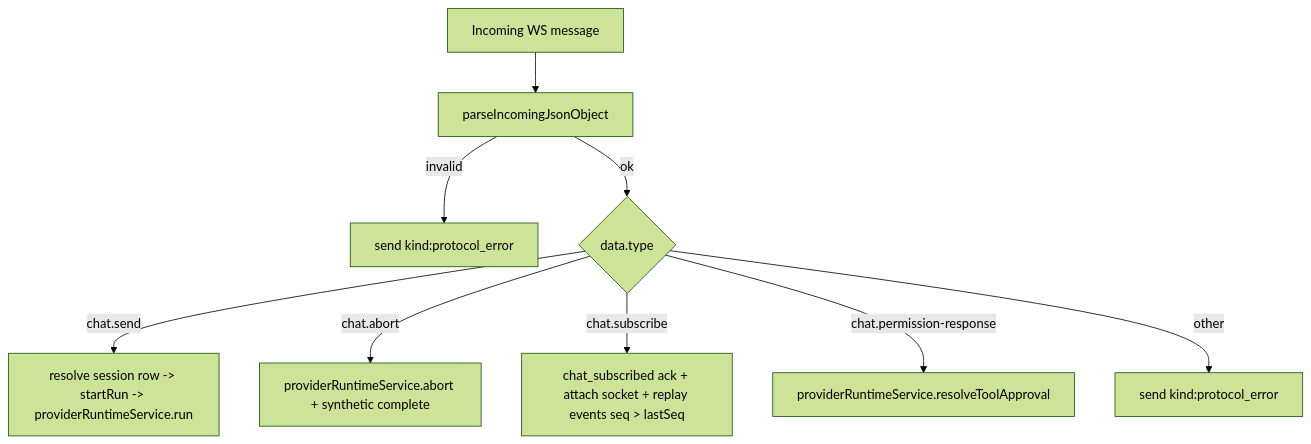
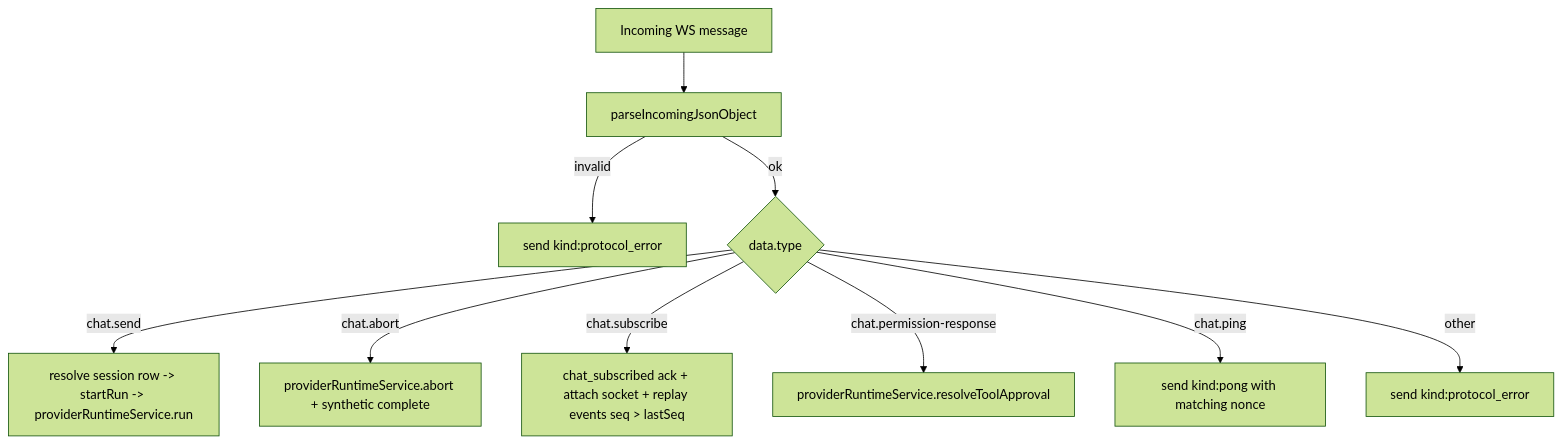
The third of 5 diagrams in server/modules/websocket/README.md (siteboon/claudecodeui), drawn with Mermaid (forest theme) before and after one commit. The commit also changed other lines of this file and 4 other files, not shown here.

````diff
--- a/server/modules/websocket/README.md
+++ b/server/modules/websocket/README.md
@@ -126,12 +126,13 @@
 ```mermaid
 flowchart TD
   A[Incoming WS message] --> B[parseIncomingJsonObject]
   B -->|invalid| C[send kind:protocol_error]
   B -->|ok| D{data.type}
 
   D -->|chat.send| E[resolve session row -> startRun -> providerRuntimeService.run]
   D -->|chat.abort| F[providerRuntimeService.abort + synthetic complete]
   D -->|chat.subscribe| G[chat_subscribed ack + attach socket + replay events seq > lastSeq]
   D -->|chat.permission-response| H[providerRuntimeService.resolveToolApproval]
+  D -->|chat.ping| J[send kind:pong with matching nonce]
   D -->|other| I[send kind:protocol_error]
 ```
````
